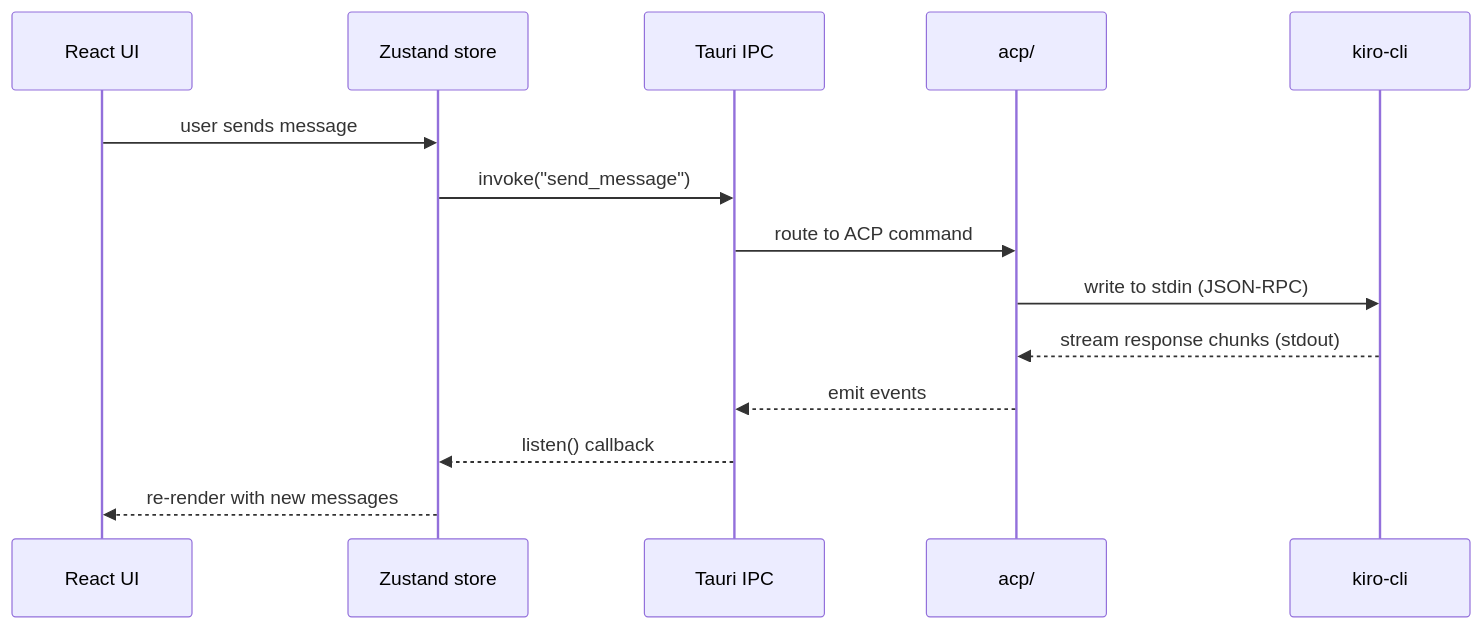
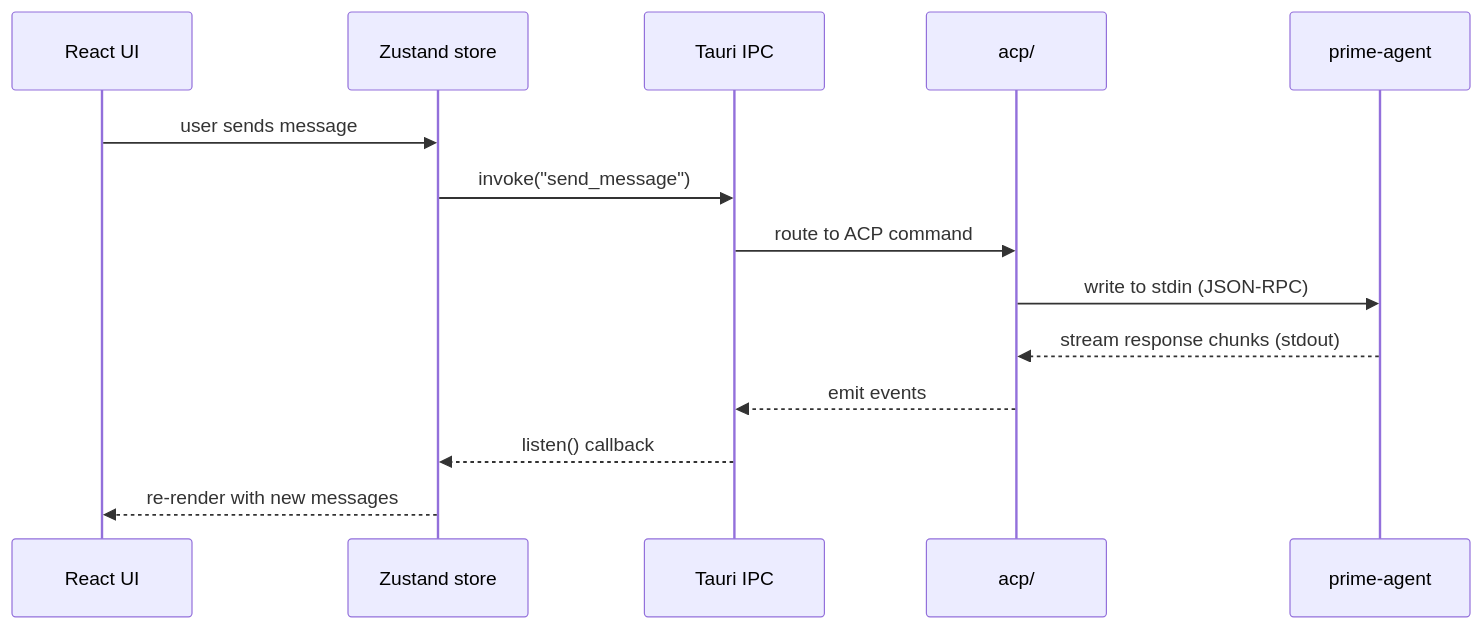
The second of 2 diagrams in docs/architecture.md (LAF-labs/prime), drawn with Mermaid before and after one commit. The commit also changed other lines of this file and 11 other files, not shown here.

````diff
--- a/docs/architecture.md
+++ b/docs/architecture.md
@@ -51,17 +51,17 @@
 ```mermaid
 sequenceDiagram
   participant UI as React UI
   participant Store as Zustand store
   participant IPC as Tauri IPC
   participant ACP as acp/
-  participant CLI as kiro-cli
+  participant CLI as prime-agent
 
   UI->>Store: user sends message
   Store->>IPC: invoke("send_message")
   IPC->>ACP: route to ACP command
   ACP->>CLI: write to stdin (JSON-RPC)
   CLI-->>ACP: stream response chunks (stdout)
   ACP-->>IPC: emit events
   IPC-->>Store: listen() callback
   Store-->>UI: re-render with new messages
 ```
````
